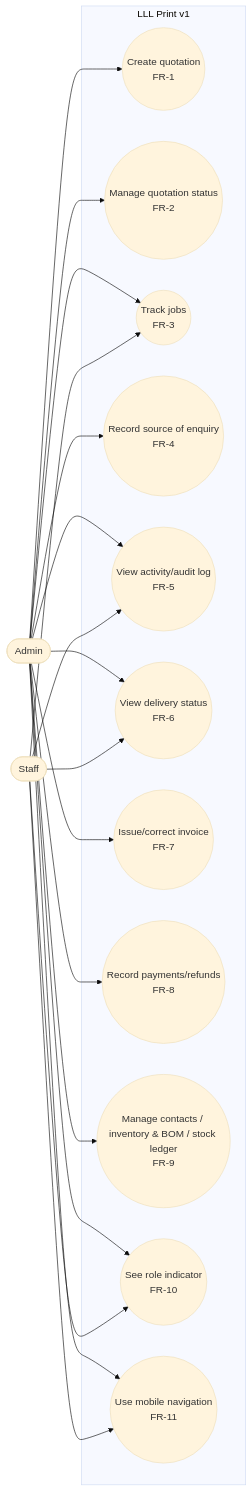
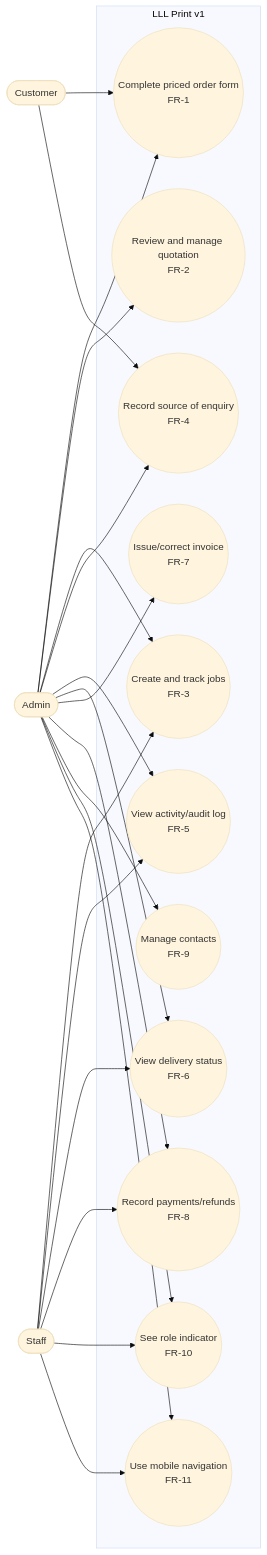
One commit to LLL-development/lll-print changed the second of 2 diagrams in docs/SRS.md. Above: the diagram before and after it, drawn with Mermaid (base theme). The commit also changed other lines of this file and 2 other files, not shown here.

Commit message:
docs: update order workflow requirements and design

````diff
--- a/docs/SRS.md
+++ b/docs/SRS.md
@@ -253,37 +280,41 @@
 ```mermaid
 flowchart LR
+    Customer(["Customer"])
     Admin(["Admin"])
     Staff(["Staff"])
 
     subgraph System["LLL Print v1"]
-        UC1(("Create quotation<br/>FR-1"))
-        UC2(("Manage quotation status<br/>FR-2"))
-        UC3(("Track jobs<br/>FR-3"))
+        UC1(("Complete priced order form<br/>FR-1"))
+        UC2(("Review and manage quotation<br/>FR-2"))
+        UC3(("Create and track jobs<br/>FR-3"))
         UC4(("Record source of enquiry<br/>FR-4"))
         UC5(("View activity/audit log<br/>FR-5"))
         UC6(("View delivery status<br/>FR-6"))
         UC7(("Issue/correct invoice<br/>FR-7"))
         UC8(("Record payments/refunds<br/>FR-8"))
-        UC9(("Manage contacts / inventory &amp; BOM / stock ledger<br/>FR-9"))
+        UC9(("Manage contacts<br/>FR-9"))
         UC10(("See role indicator<br/>FR-10"))
         UC11(("Use mobile navigation<br/>FR-11"))
     end
 
+    Customer --> UC1
+    Customer --> UC4
     Admin --> UC1
     Admin --> UC2
     Admin --> UC3
     Admin --> UC4
     Admin --> UC5
     Admin --> UC6
     Admin --> UC7
     Admin --> UC8
     Admin --> UC9
     Admin --> UC10
     Admin --> UC11
 
     Staff --> UC3
     Staff --> UC5
     Staff --> UC6
+    Staff --> UC8
     Staff --> UC10
     Staff --> UC11
 ```
````
